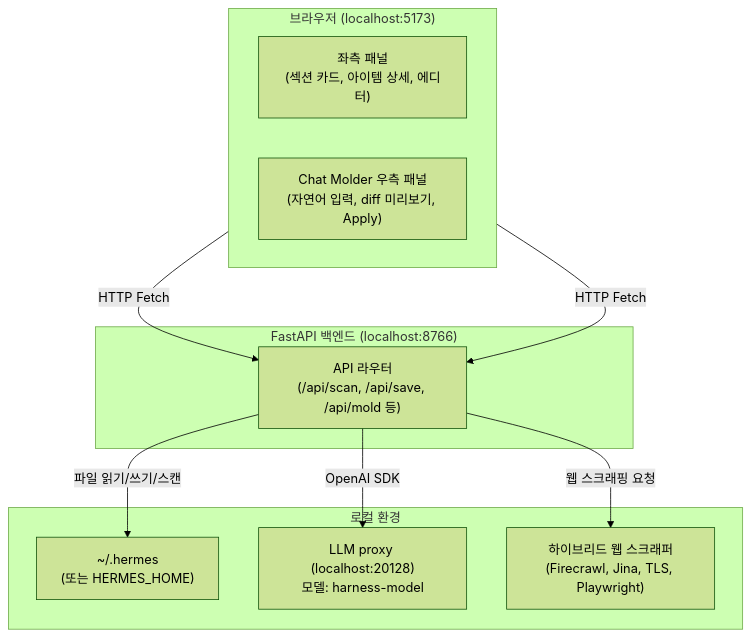
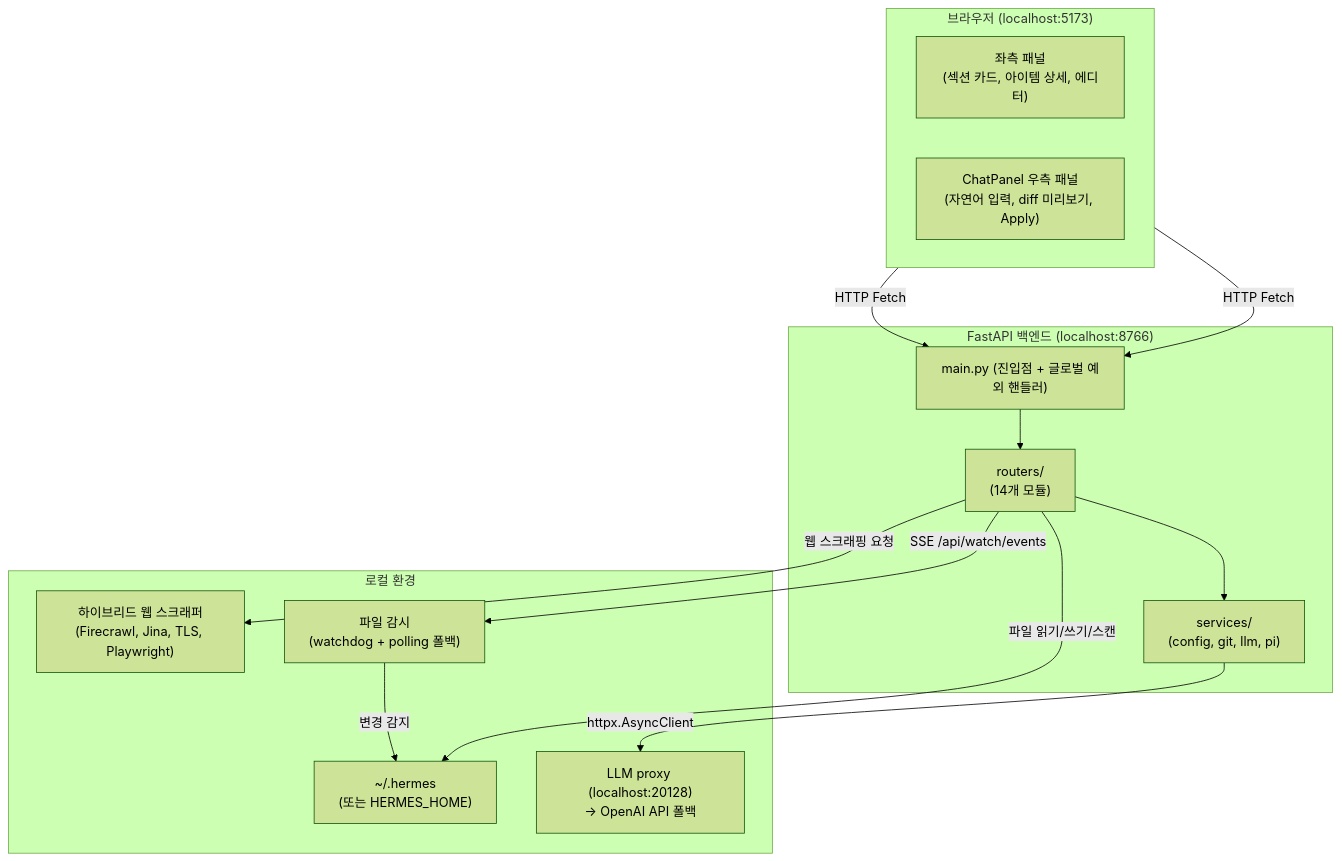
The diagram in ARCHITECTURE.md (misolove/agent-harness-studio), drawn with Mermaid (forest theme) before and after one commit. The commit also changed other lines of this file and 57 other files, not shown here.

````diff
--- a/ARCHITECTURE.md
+++ b/ARCHITECTURE.md
@@ -5,25 +5,32 @@
 ```mermaid
 graph TD
     subgraph Browser["브라우저 (localhost:5173)"]
         direction LR
         L["좌측 패널<br/>(섹션 카드, 아이템 상세, 에디터)"]
-        R["Chat Molder 우측 패널<br/>(자연어 입력, diff 미리보기, Apply)"]
+        R["ChatPanel 우측 패널<br/>(자연어 입력, diff 미리보기, Apply)"]
     end
 
     subgraph Backend["FastAPI 백엔드 (localhost:8766)"]
-        API["API 라우터<br/>(/api/scan, /api/save, /api/mold 등)"]
+        Main["main.py (진입점 + 글로벌 예외 핸들러)"]
+        Routers["routers/<br/>(14개 모듈)"]
+        Services["services/<br/>(config, git, llm, pi)"]
     end
-    
+
     subgraph LocalEnv["로컬 환경"]
         Hermes["~/.hermes<br/>(또는 HERMES_HOME)"]
-        LLM["LLM proxy (localhost:20128)<br/>모델: harness-model"]
+        LLM["LLM proxy (localhost:20128)<br/>→ OpenAI API 폴백"]
         Scraper["하이브리드 웹 스크래퍼<br/>(Firecrawl, Jina, TLS, Playwright)"]
+        Watch["파일 감시<br/>(watchdog + polling 폴백)"]
     end
 
-    L -->|HTTP Fetch| API
-    R -->|HTTP Fetch| API
-    
-    API -->|파일 읽기/쓰기/스캔| Hermes
-    API -->|OpenAI SDK| LLM
-    API -->|웹 스크래핑 요청| Scraper
+    L -->|HTTP Fetch| Main
+    R -->|HTTP Fetch| Main
+    Main --> Routers
+    Routers --> Services
+
+    Routers -->|파일 읽기/쓰기/스캔| Hermes
+    Services -->|httpx.AsyncClient| LLM
+    Routers -->|웹 스크래핑 요청| Scraper
+    Routers -->|SSE /api/watch/events| Watch
+    Watch -->|변경 감지| Hermes
 ```
````
